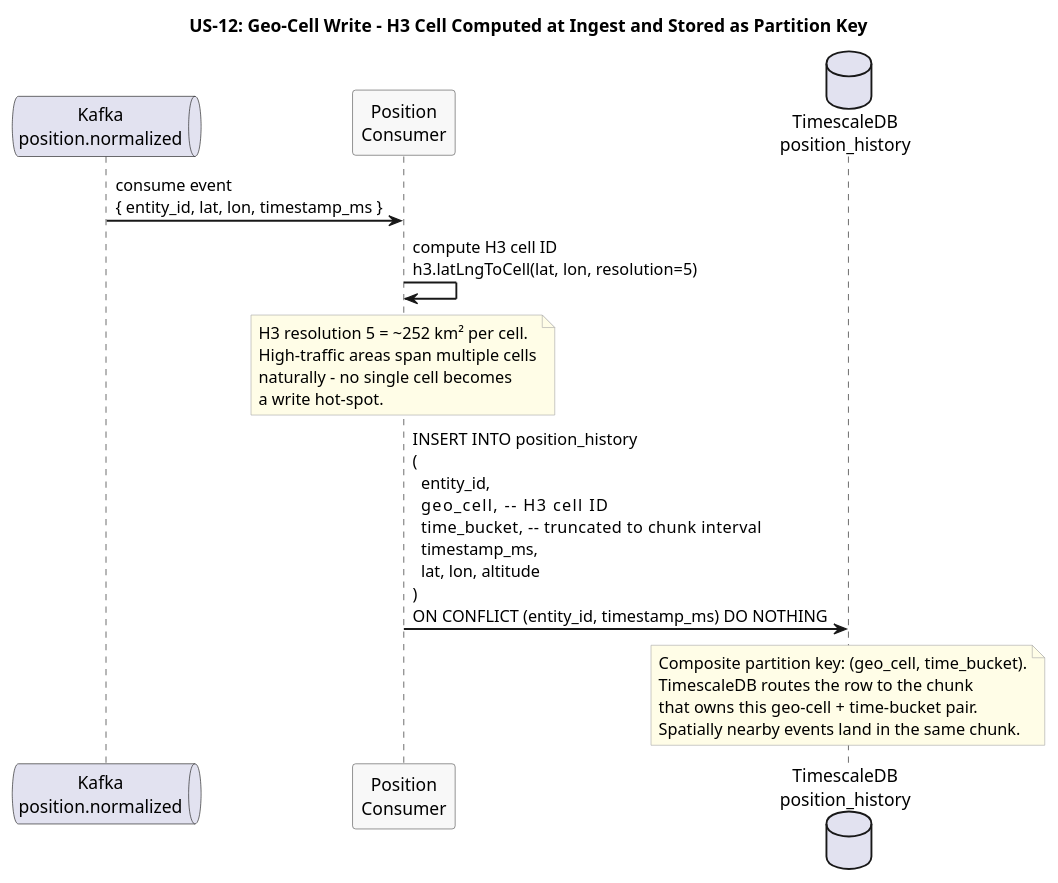
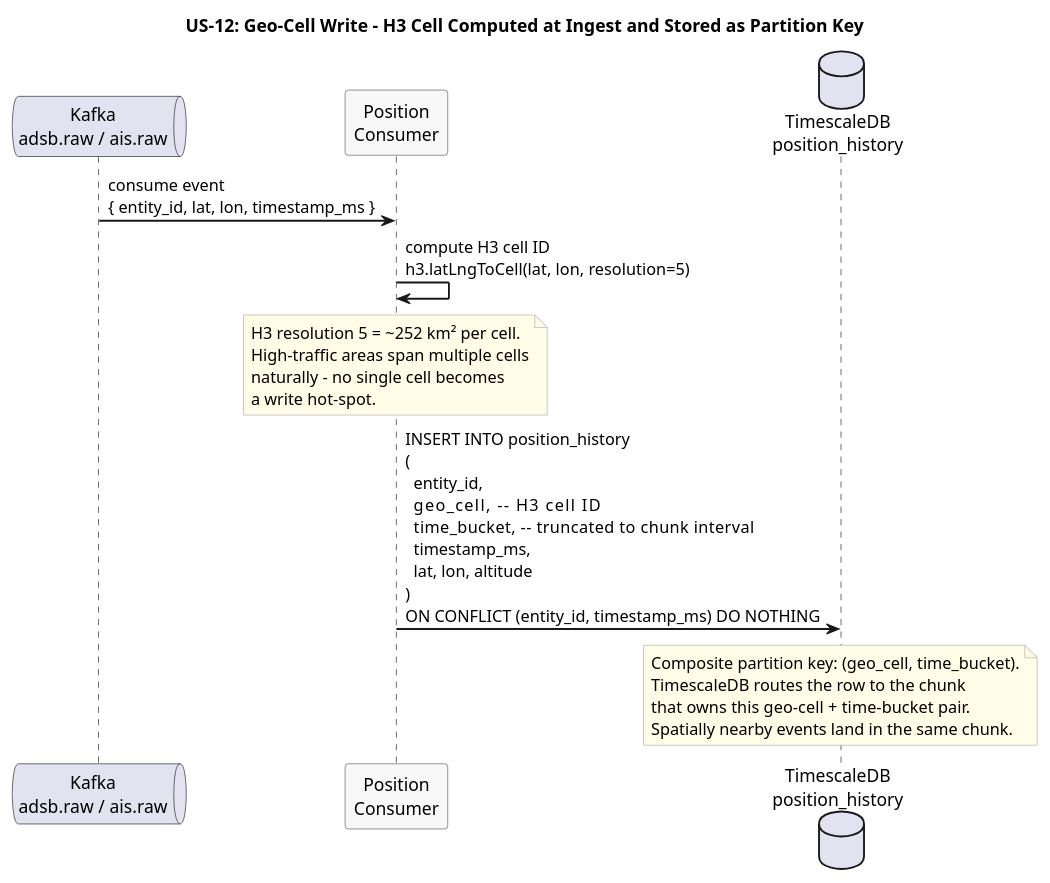
The diagram in docs/use-cases/US-12-geo-spatial-efficiency/geo-cell-write.puml (Buffden/sentinel), drawn with PlantUML before and after one commit. The commit also changed 4 other files, not shown here.

Commit message:
docs: fix two-stage Kafka pipeline in diagrams - poller publishes to adsb.raw, position consumer normalizes and forwards to position.normalized

```diff
--- a/docs/use-cases/US-12-geo-spatial-efficiency/geo-cell-write.puml
+++ b/docs/use-cases/US-12-geo-spatial-efficiency/geo-cell-write.puml
@@ -1,34 +1,34 @@
 @startuml geo-cell-write
 title US-12: Geo-Cell Write - H3 Cell Computed at Ingest and Stored as Partition Key
 
 skinparam sequenceArrowThickness 1.5
 skinparam participantBorderColor #555555
 skinparam participantBackgroundColor #F8F8F8
 skinparam noteBorderColor #AAAAAA
 skinparam noteBackgroundColor #FFFDE7
 
-queue "Kafka\nposition.normalized" as Kafka
+queue "Kafka\nadsb.raw / ais.raw" as Kafka
 participant "Position\nConsumer" as Consumer
 database "TimescaleDB\nposition_history" as TSDB
 
 Kafka -> Consumer : consume event\n{ entity_id, lat, lon, timestamp_ms }
 
 Consumer -> Consumer : compute H3 cell ID\nh3.latLngToCell(lat, lon, resolution=5)
 
 note over Consumer
   H3 resolution 5 = ~252 km² per cell.
   High-traffic areas span multiple cells
   naturally - no single cell becomes
   a write hot-spot.
 end note
 
 Consumer -> TSDB : INSERT INTO position_history\n(\n  entity_id,\n  geo_cell,        -- H3 cell ID\n  time_bucket,     -- truncated to chunk interval\n  timestamp_ms,\n  lat, lon, altitude\n)\nON CONFLICT (entity_id, timestamp_ms) DO NOTHING
 
 note over TSDB
   Composite partition key: (geo_cell, time_bucket).
   TimescaleDB routes the row to the chunk
   that owns this geo-cell + time-bucket pair.
   Spatially nearby events land in the same chunk.
 end note
 
 @enduml
```
